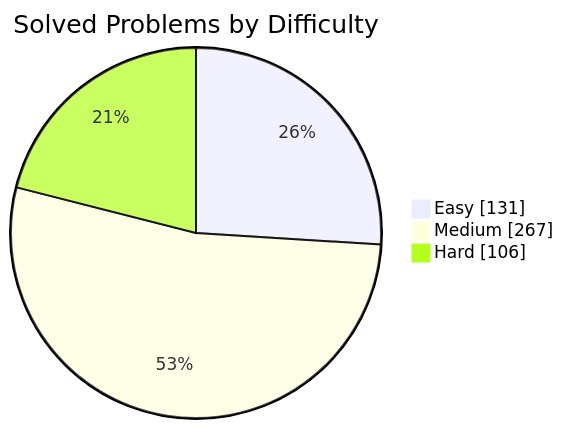
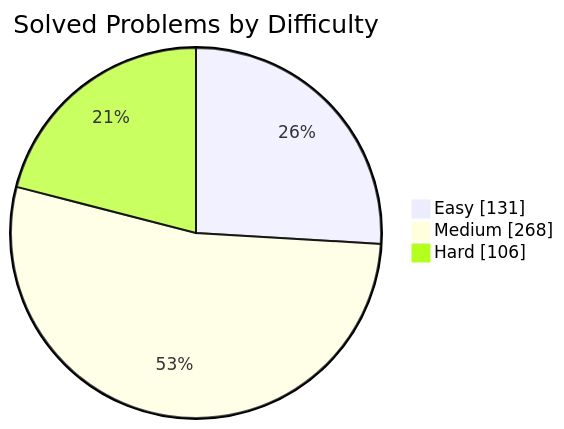
One commit to manikantbindass/DSA-Preparation-FAANG changed the first of 2 diagrams in README.md. Above: the diagram before and after it, drawn with Mermaid. The commit also changed other lines of this file and 1 other file, not shown here.

````diff
--- a/README.md
+++ b/README.md
@@ -79,7 +79,7 @@
 ```mermaid
 pie showData
     title Solved Problems by Difficulty
     "Easy" : 131
-    "Medium" : 267
+    "Medium" : 268
     "Hard" : 106
 ```
````
